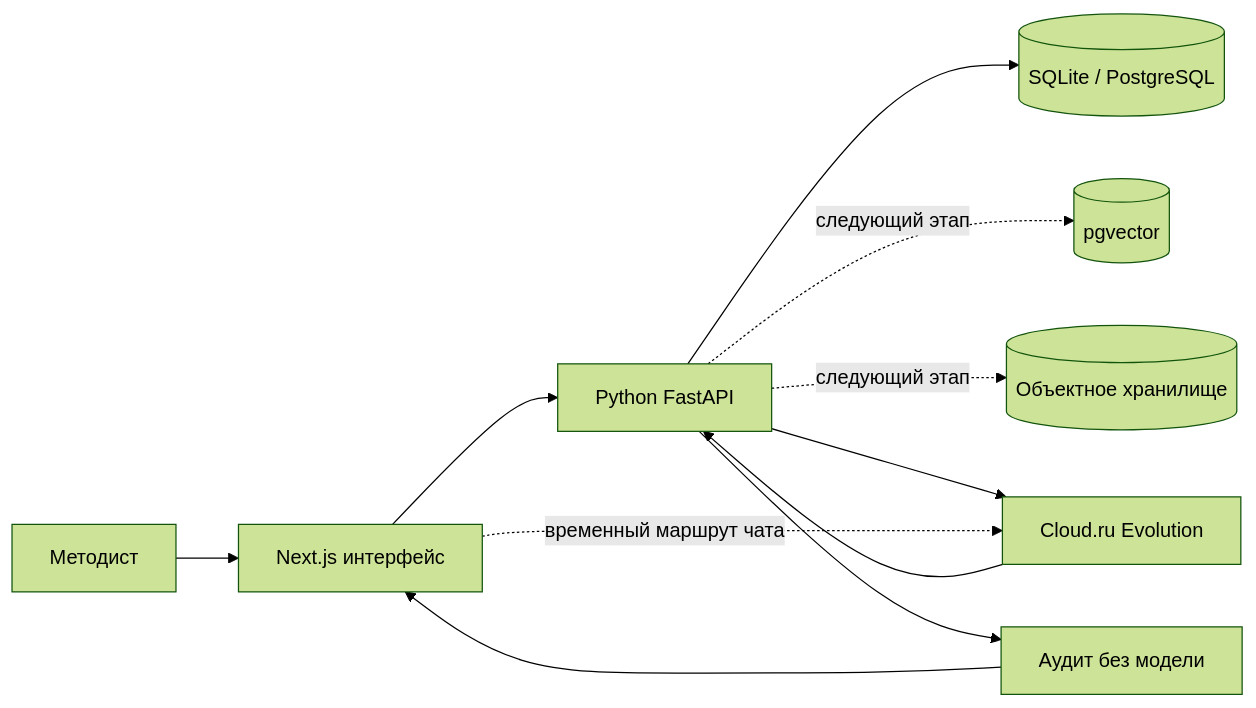
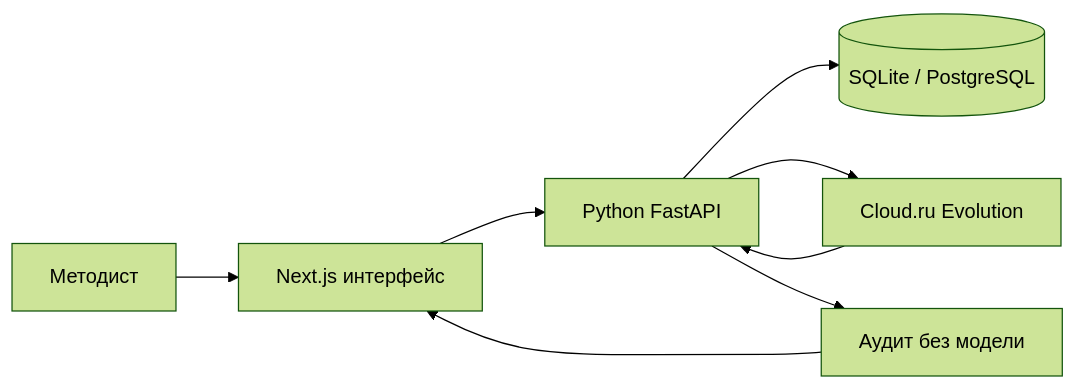
Before and after one commit to fairyofmiracle/edu_course_agent: the diagram in README.md, drawn with Mermaid (forest theme). The commit also changed other lines of this file and 31 other files, not shown here.

````diff
--- a/README.md
+++ b/README.md
@@ -107,13 +97,10 @@
 ```mermaid
 flowchart LR
   Methodologist[Методист] --> UI[Next.js интерфейс]
   UI --> Python[Python FastAPI]
   Python --> DB[(SQLite / PostgreSQL)]
-  Python -. следующий этап .-> Vector[(pgvector)]
-  Python -. следующий этап .-> Files[(Объектное хранилище)]
   Python --> Cloud[Cloud.ru Evolution]
   Cloud --> Python
   Python --> Rules[Аудит без модели]
   Rules --> UI
-  UI -. временный маршрут чата .-> Cloud
 ```
````
